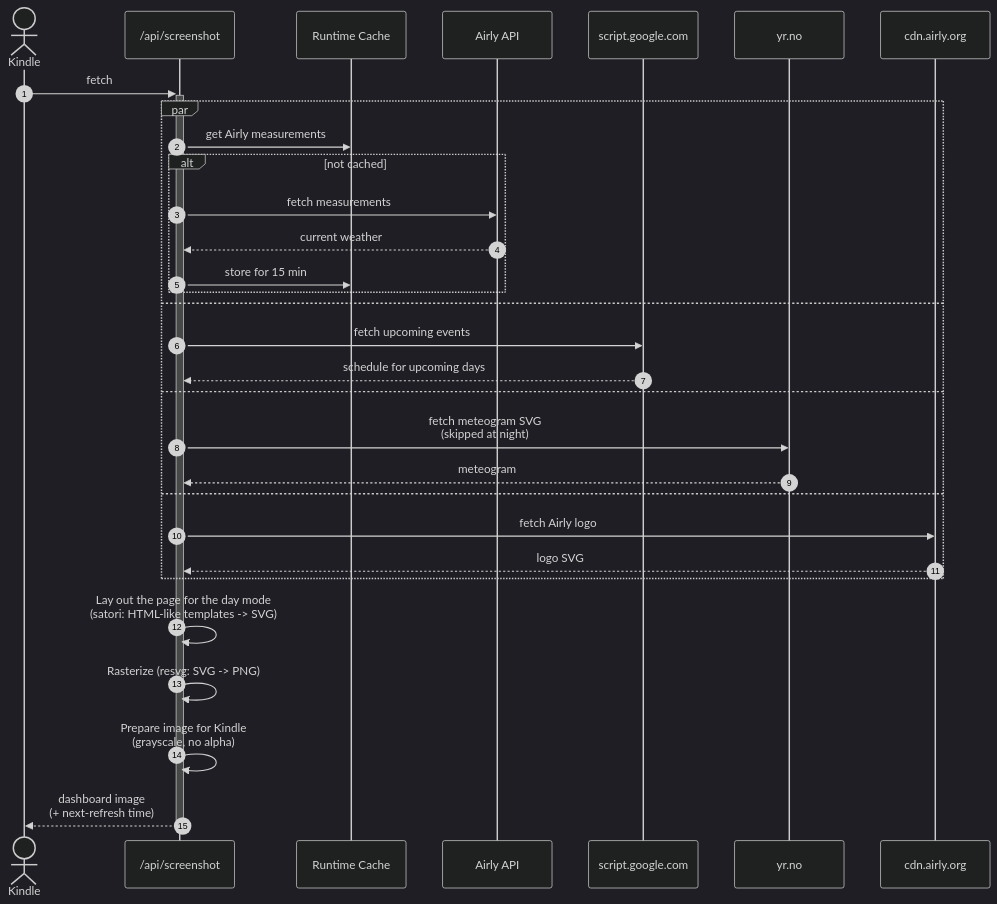
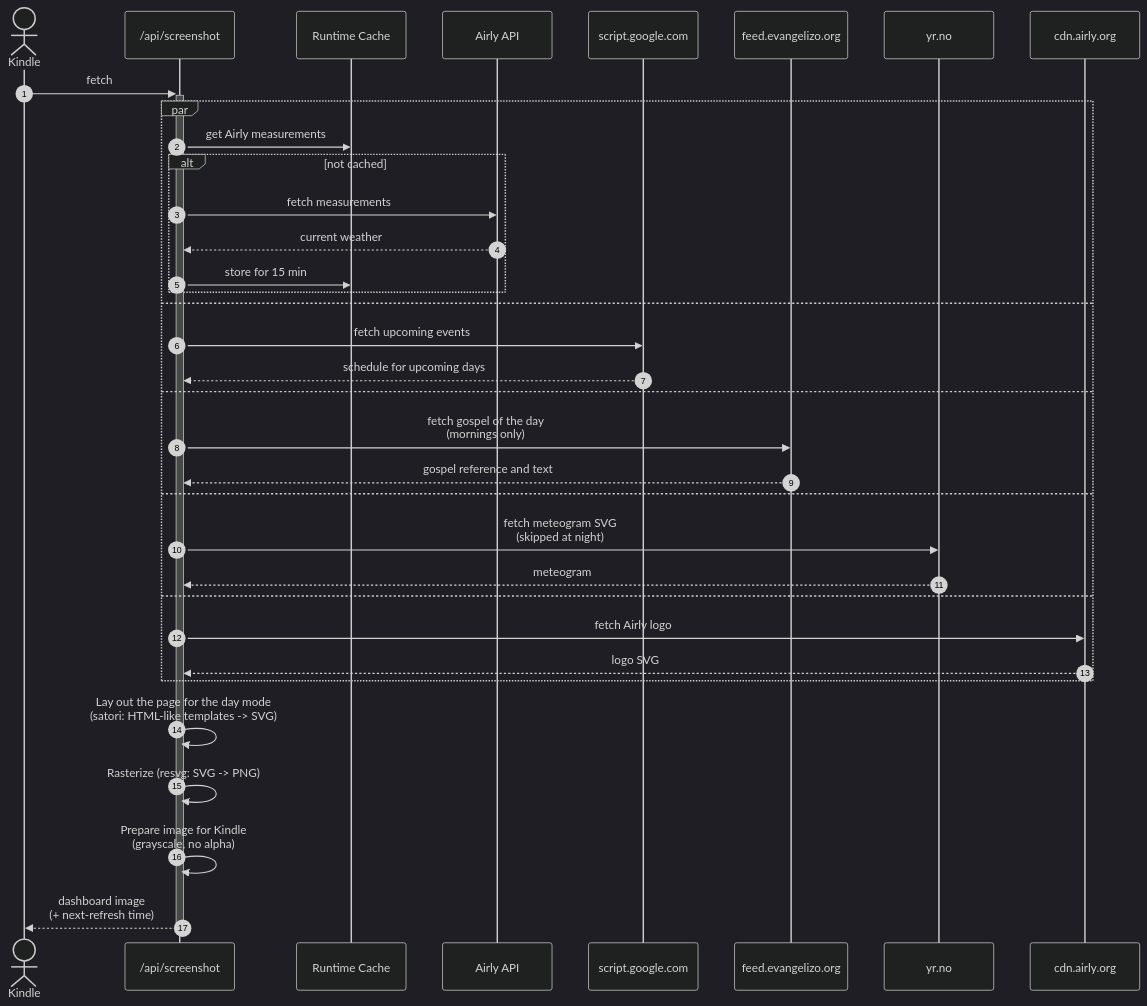
Before and after one commit to bukowskiadam/kindle-page: the diagram in README.md, drawn with Mermaid (dark theme). The commit also changed other lines of this file and 9 other files, not shown here.

First line of the commit message:
feat: show the gospel of the day from Evangelizo in the morning

````diff
--- a/README.md
+++ b/README.md
@@ -29,33 +29,37 @@
 ```mermaid
 sequenceDiagram
     autonumber
     actor kindle as Kindle
     participant screenshot as /api/screenshot
     participant cache as Runtime Cache
     participant airly as Airly API
     participant calendar as script.google.com
+    participant evangelizo as feed.evangelizo.org
     participant yr as yr.no
     participant cdn as cdn.airly.org
     kindle ->>+ screenshot: fetch
     par
         screenshot ->> cache: get Airly measurements
         alt not cached
             screenshot ->> airly: fetch measurements
             airly -->> screenshot: current weather
             screenshot ->> cache: store for 15 min
         end
     and
         screenshot ->> calendar: fetch upcoming events
         calendar -->> screenshot: schedule for upcoming days
     and
+        screenshot ->> evangelizo: fetch gospel of the day<br>(mornings only)
+        evangelizo -->> screenshot: gospel reference and text
+    and
         screenshot ->> yr: fetch meteogram SVG<br>(skipped at night)
         yr -->> screenshot: meteogram
     and
         screenshot ->> cdn: fetch Airly logo
         cdn -->> screenshot: logo SVG
     end
     screenshot ->> screenshot: Lay out the page for the day mode<br>(satori: HTML-like templates -> SVG)
     screenshot ->> screenshot: Rasterize (resvg: SVG -> PNG)
     screenshot ->> screenshot: Prepare image for Kindle<br>(grayscale, no alpha)
     screenshot -->>- kindle: dashboard image<br>(+ next-refresh time)
 ```
````
